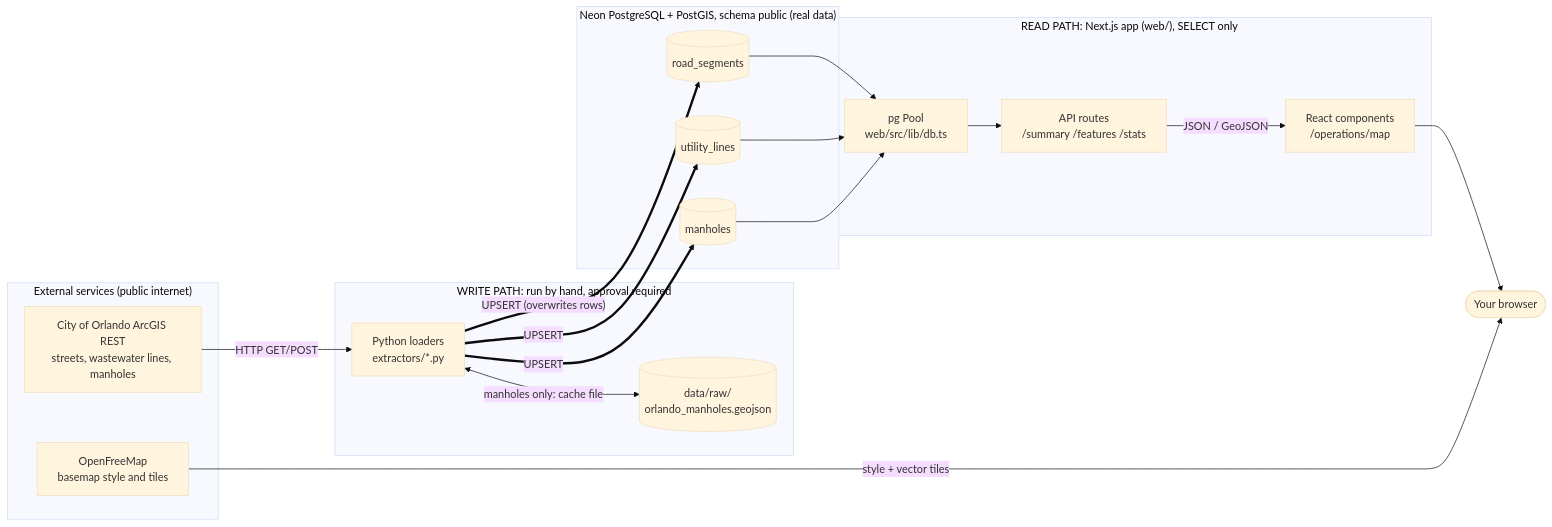
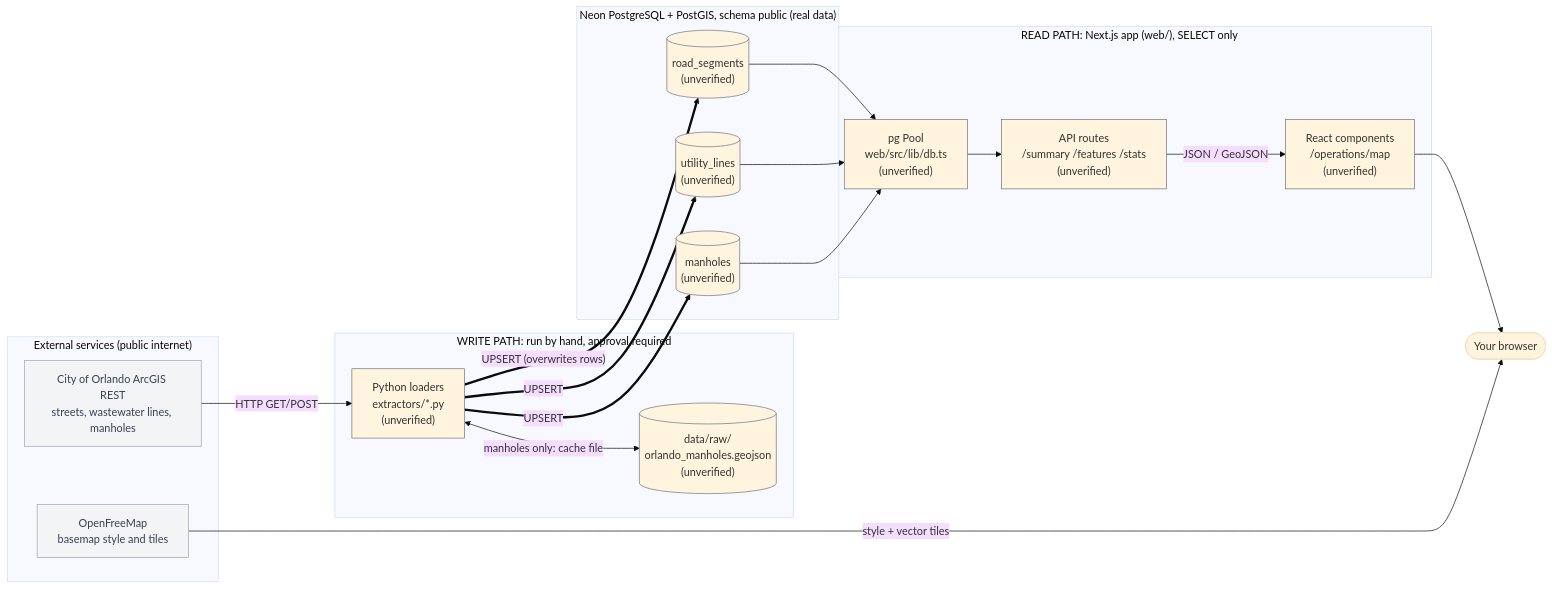
Before and after one commit to adrianfarhat/orlando-infrastructure-etl: the first of 5 diagrams in docs/architecture/system-architecture.md, drawn with Mermaid (base theme). The commit also changed other lines of this file and 7 other files, not shown here.

First line of the commit message:
Move task status to GitHub Project, add docs conventions, and correct ETL diagram accuracy (#2)

````diff
--- a/docs/architecture/system-architecture.md
+++ b/docs/architecture/system-architecture.md
@@ -22,39 +27,47 @@
 ```mermaid
 flowchart LR
+  %% diagram-type: architecture
   subgraph EXT["External services (public internet)"]
     ARC["City of Orlando ArcGIS REST<br/>streets, wastewater lines, manholes"]
     OFM["OpenFreeMap<br/>basemap style and tiles"]
   end
 
   subgraph WRITE["WRITE PATH: run by hand, approval required"]
-    ETL["Python loaders<br/>extractors/*.py"]
-    RAW[("data/raw/<br/>orlando_manholes.geojson")]
+    ETL["Python loaders<br/>extractors/*.py<br/>(unverified)"]
+    RAW[("data/raw/<br/>orlando_manholes.geojson<br/>(unverified)")]
   end
 
   subgraph DB["Neon PostgreSQL + PostGIS, schema public (real data)"]
-    T1[("road_segments")]
-    T2[("utility_lines")]
-    T3[("manholes")]
+    T1[("road_segments<br/>(unverified)")]
+    T2[("utility_lines<br/>(unverified)")]
+    T3[("manholes<br/>(unverified)")]
   end
 
   subgraph READ["READ PATH: Next.js app (web/), SELECT only"]
-    POOL["pg Pool<br/>web/src/lib/db.ts"]
-    API["API routes<br/>/summary /features /stats"]
-    UI["React components<br/>/operations/map"]
+    POOL["pg Pool<br/>web/src/lib/db.ts<br/>(unverified)"]
+    API["API routes<br/>/summary /features /stats<br/>(unverified)"]
+    UI["React components<br/>/operations/map<br/>(unverified)"]
   end
 
   BROWSER(["Your browser"])
 
   ARC -->|"HTTP GET/POST"| ETL
   ETL <-->|"manholes only: cache file"| RAW
   ETL ==>|"UPSERT (overwrites rows)"| T1
   ETL ==>|"UPSERT"| T2
   ETL ==>|"UPSERT"| T3
   T1 --> POOL
   T2 --> POOL
   T3 --> POOL
   POOL --> API
   API -->|"JSON / GeoJSON"| UI
   UI --> BROWSER
   OFM -->|"style + vector tiles"| BROWSER
+
+  classDef verified stroke:#111827,stroke-width:3px
+  classDef unverified stroke:#6b7280,stroke-width:1px
+  classDef planned stroke:#6b7280,stroke-width:1px,stroke-dasharray:6 4
+  classDef external fill:#f3f4f6,stroke:#9ca3af,color:#374151
+  class ETL,RAW,T1,T2,T3,POOL,API,UI unverified
+  class ARC,OFM external
 ```
````
